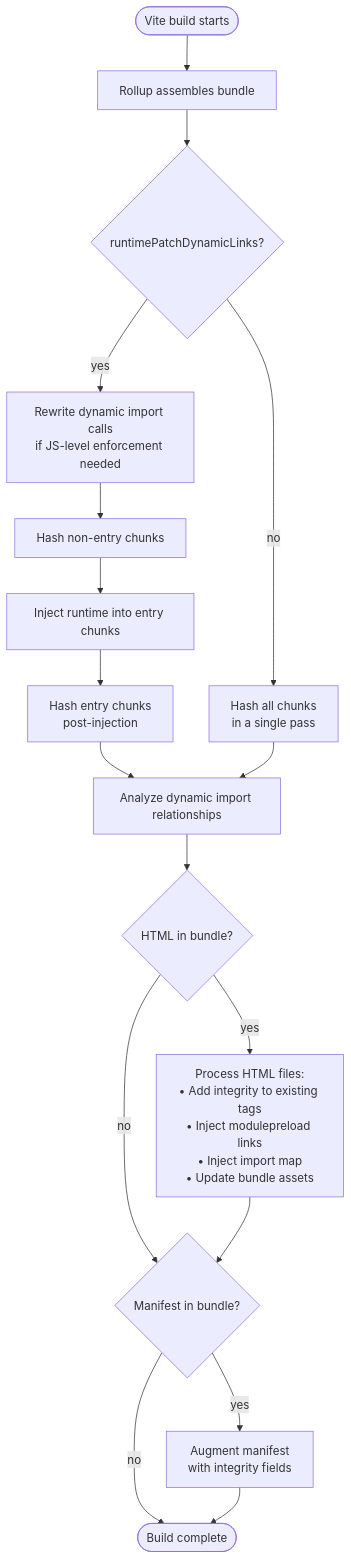
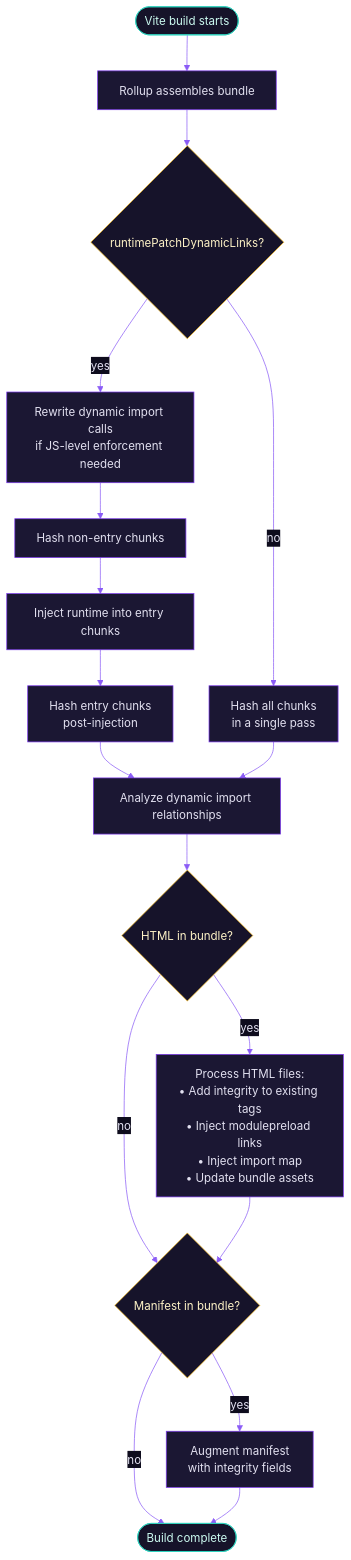
One commit to rbonestell/vite-plugin-sri-gen changed the diagram in docs/learn/how-it-works.md. Above: the diagram before and after it, drawn with Mermaid. The commit also changed other lines of this file and 20 other files, not shown here.

````diff
--- a/docs/learn/how-it-works.md
+++ b/docs/learn/how-it-works.md
@@ -9,19 +13,25 @@
 ```mermaid
+%%{init: {"theme":"base","themeVariables":{"fontFamily":"Inter, ui-sans-serif, system-ui, sans-serif","primaryColor":"#1b1733","primaryTextColor":"#e2e0f0","primaryBorderColor":"#7c3aed","lineColor":"#8b5cf6","textColor":"#b8b4d8","edgeLabelBackground":"#0e0c1d"}}}%%
 flowchart TD
     A([Vite build starts]) --> B[Rollup assembles bundle]
     B --> C{runtimePatchDynamicLinks?}
     C -- yes --> D[Rewrite dynamic import calls\nif JS-level enforcement needed]
     D --> E[Hash non-entry chunks]
     E --> F[Inject runtime into entry chunks]
     F --> G[Hash entry chunks\npost-injection]
     C -- no --> H[Hash all chunks\nin a single pass]
     G --> I
     H --> I[Analyze dynamic import relationships]
     I --> J{HTML in bundle?}
     J -- yes --> K[Process HTML files:\n• Add integrity to existing tags\n• Inject modulepreload links\n• Inject import map\n• Update bundle assets]
     J -- no --> L{Manifest in bundle?}
     K --> L
     L -- yes --> M[Augment manifest\nwith integrity fields]
     L -- no --> N([Build complete])
     M --> N
+
+    classDef terminal fill:#16132a,stroke:#2dd4bf,color:#ccfbf1
+    classDef decision fill:#16132a,stroke:#fbbf24,color:#fef3c7
+    class A,N terminal
+    class C,J,L decision
 ```
````
